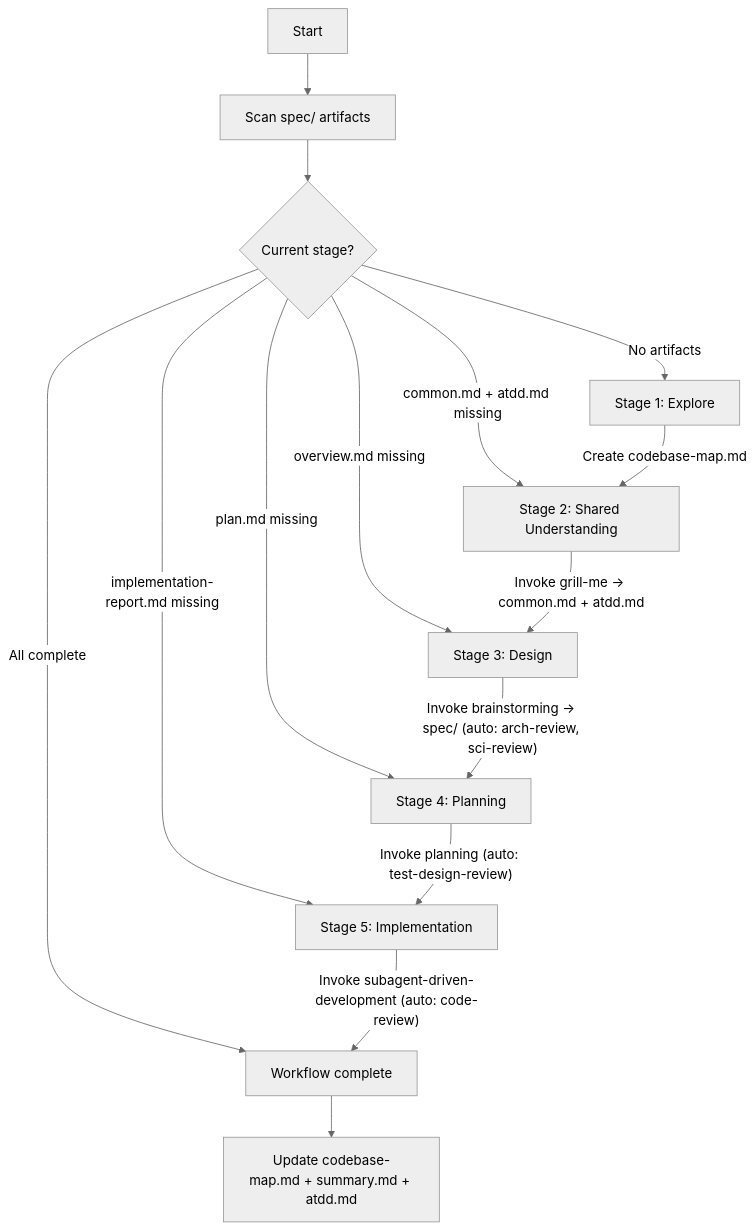
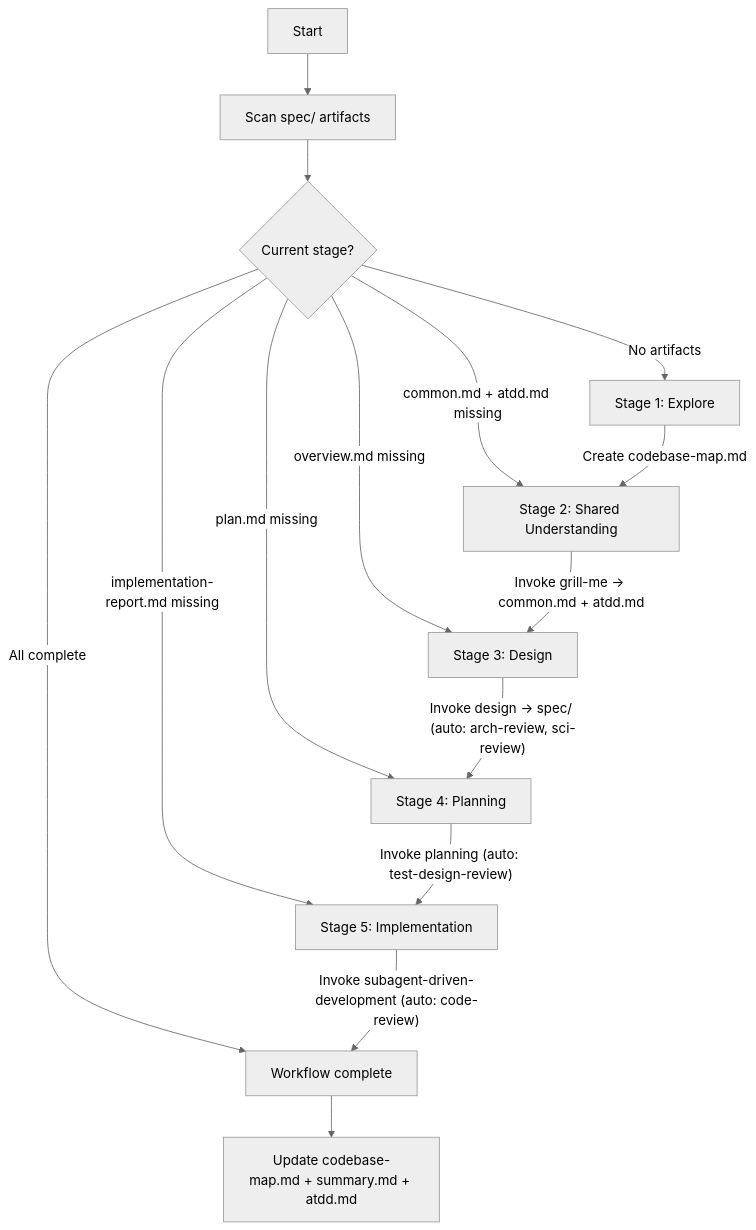
One commit to KiSae-Lee/agentic-workflow changed the first of 2 diagrams in .claude/skills/control-tower/SKILL.md. Above: the diagram before and after it, drawn with Mermaid (neutral theme). The commit also changed other lines of this file and 8 other files, not shown here.

First line of the commit message:
refactor(skills): rename brainstorming to design and relocate summary-template

````diff
--- a/.claude/skills/control-tower/SKILL.md
+++ b/.claude/skills/control-tower/SKILL.md
@@ -82,21 +82,21 @@
 ```mermaid
 flowchart TD
     A[Start] --> D[Scan spec/ artifacts]
 
     D --> E{Current stage?}
 
     E -->|No artifacts| F["Stage 1: Explore"]
     E -->|common.md + atdd.md missing| G["Stage 2: Shared Understanding"]
     E -->|overview.md missing| H["Stage 3: Design"]
     E -->|plan.md missing| I["Stage 4: Planning"]
     E -->|implementation-report.md missing| J["Stage 5: Implementation"]
     E -->|All complete| K[Workflow complete]
 
     F -->|"Create codebase-map.md"| G
     G -->|"Invoke grill-me → common.md + atdd.md"| H
-    H -->|"Invoke brainstorming → spec/ (auto: arch-review, sci-review)"| I
+    H -->|"Invoke design → spec/ (auto: arch-review, sci-review)"| I
     I -->|"Invoke planning (auto: test-design-review)"| J
     J -->|"Invoke subagent-driven-development (auto: code-review)"| K
 
     K --> L["Update codebase-map.md + summary.md + atdd.md"]
 ```
````
